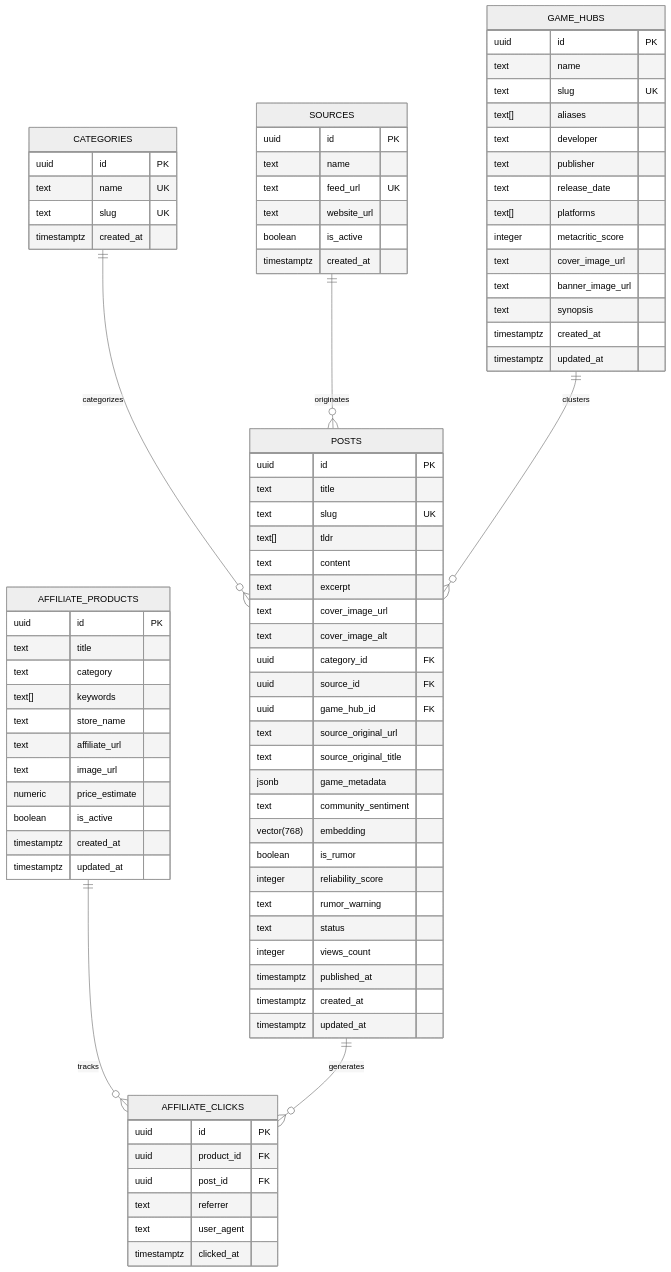
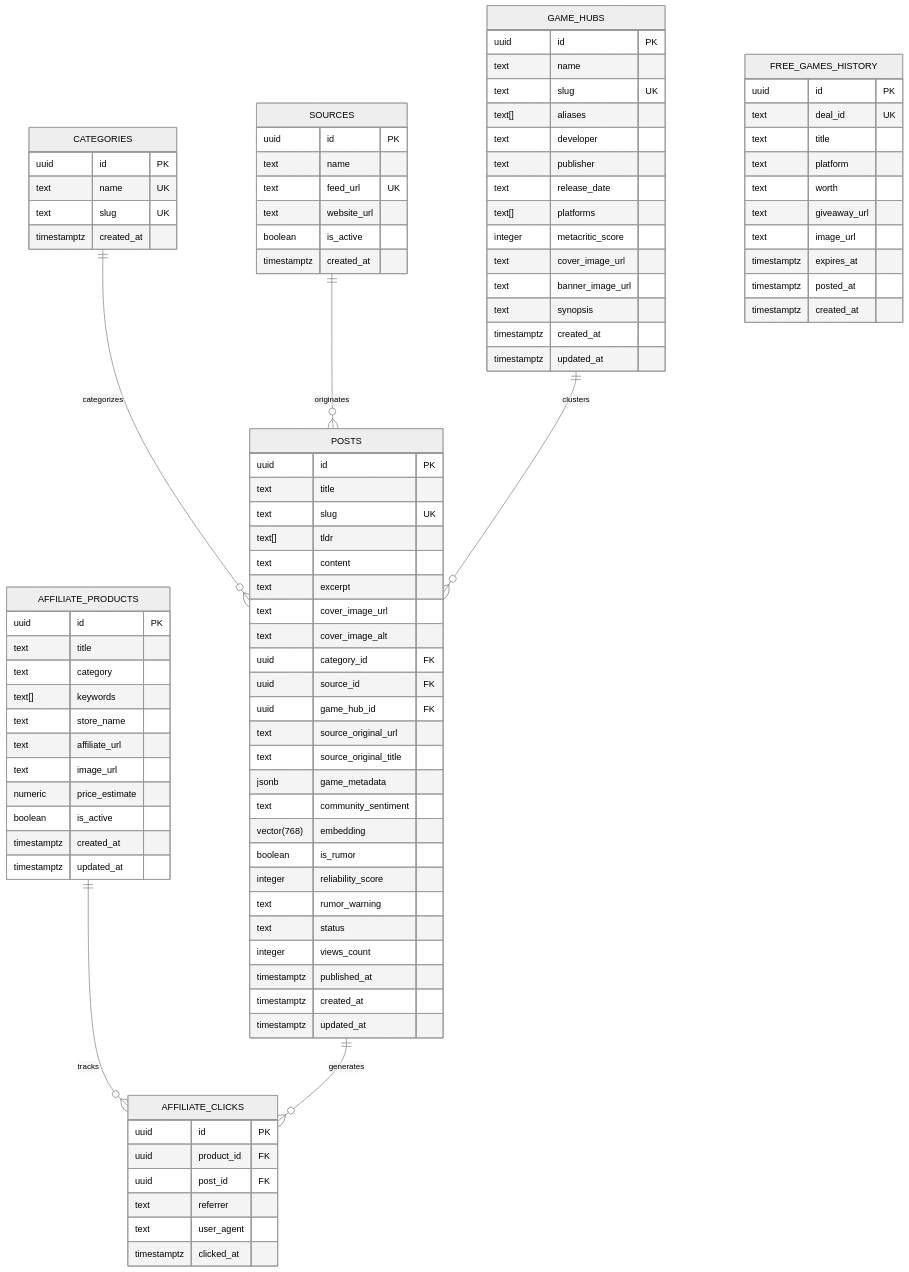
Before and after one commit to JuanBMMontesinos/AIGamePortal: the diagram in docs/database.md, drawn with Mermaid (neutral theme). The commit also changed other lines of this file and 14 other files, not shown here.

````diff
--- a/docs/database.md
+++ b/docs/database.md
@@ -96,4 +96,17 @@
         timestamptz created_at
         timestamptz updated_at
     }
+
+    FREE_GAMES_HISTORY {
+        uuid id PK
+        text deal_id UK
+        text title
+        text platform
+        text worth
+        text giveaway_url
+        text image_url
+        timestamptz expires_at
+        timestamptz posted_at
+        timestamptz created_at
+    }
 ```
````
